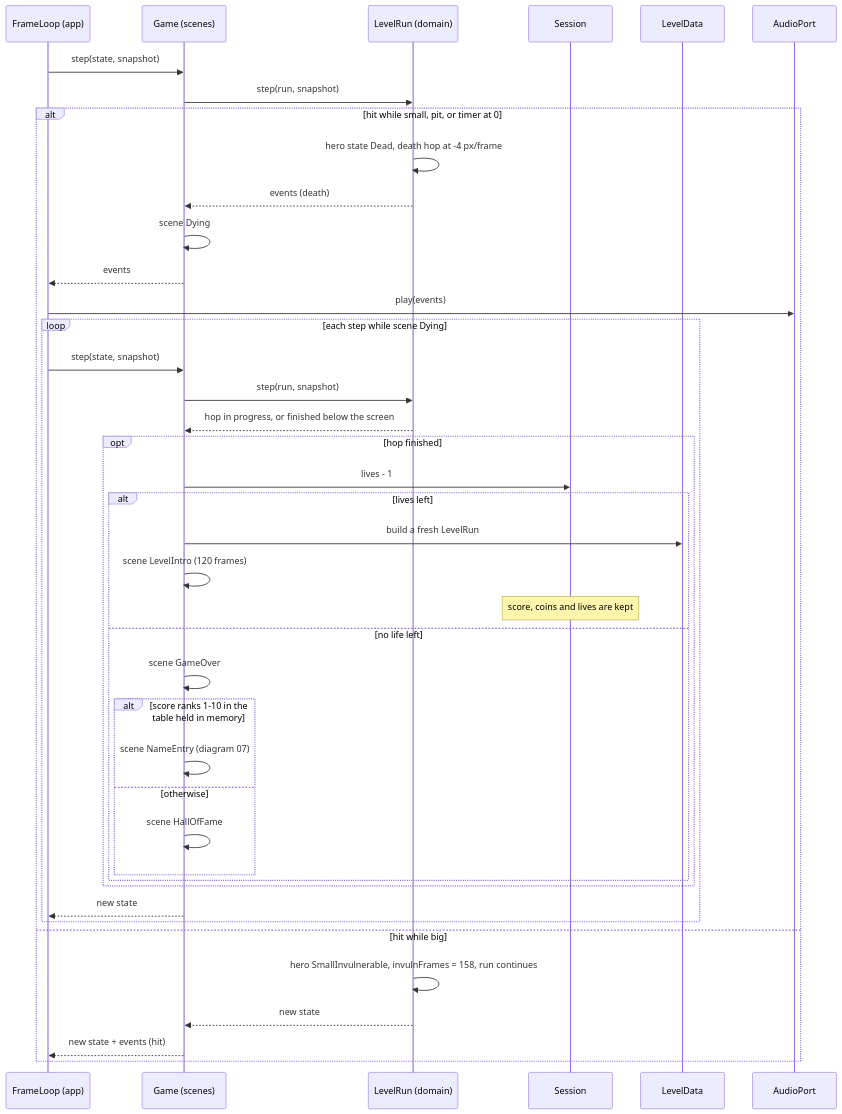
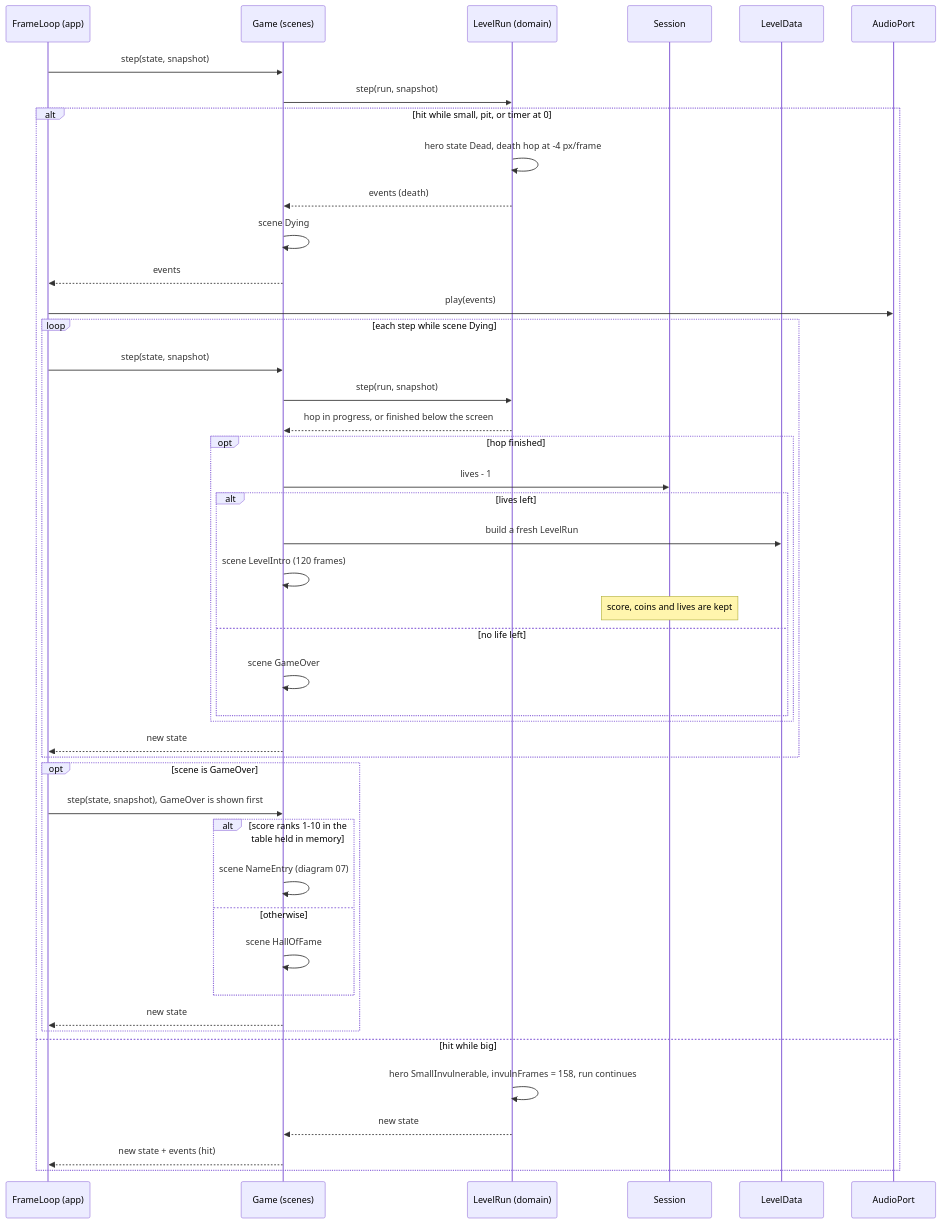
One commit to benoit-bremaud/retro-plumber changed the diagram in docs/architecture/diagrams/gameplay/13-sequence-death-retry.md. Above: the diagram before and after it, drawn with Mermaid.

Commit message:
docs(uml): keep GameOver observable before the next scene in 13 (#7)

````diff
--- a/docs/architecture/diagrams/gameplay/13-sequence-death-retry.md
+++ b/docs/architecture/diagrams/gameplay/13-sequence-death-retry.md
@@ -13,43 +13,47 @@
 ```mermaid
 sequenceDiagram
     participant FL as FrameLoop (app)
     participant G as Game (scenes)
     participant LR as LevelRun (domain)
     participant Sess as Session
     participant LD as LevelData
     participant Snd as AudioPort
     FL->>G: step(state, snapshot)
     G->>LR: step(run, snapshot)
     alt hit while small, pit, or timer at 0
         LR->>LR: hero state Dead, death hop at -4 px/frame
         LR-->>G: events (death)
         G->>G: scene Dying
         G-->>FL: events
         FL->>Snd: play(events)
         loop each step while scene Dying
             FL->>G: step(state, snapshot)
             G->>LR: step(run, snapshot)
             LR-->>G: hop in progress, or finished below the screen
             opt hop finished
                 G->>Sess: lives - 1
                 alt lives left
                     G->>LD: build a fresh LevelRun
                     G->>G: scene LevelIntro (120 frames)
                     Note over Sess: score, coins and lives are kept
                 else no life left
                     G->>G: scene GameOver
-                    alt score ranks 1-10 in the table held in memory
-                        G->>G: scene NameEntry (diagram 07)
-                    else otherwise
-                        G->>G: scene HallOfFame
-                    end
                 end
+            end
+            G-->>FL: new state
+        end
+        opt scene is GameOver
+            FL->>G: step(state, snapshot), GameOver is shown first
+            alt score ranks 1-10 in the table held in memory
+                G->>G: scene NameEntry (diagram 07)
+            else otherwise
+                G->>G: scene HallOfFame
             end
             G-->>FL: new state
         end
     else hit while big
         LR->>LR: hero SmallInvulnerable, invulnFrames = 158, run continues
         LR-->>G: new state
         G-->>FL: new state + events (hit)
     end
 ```
````
